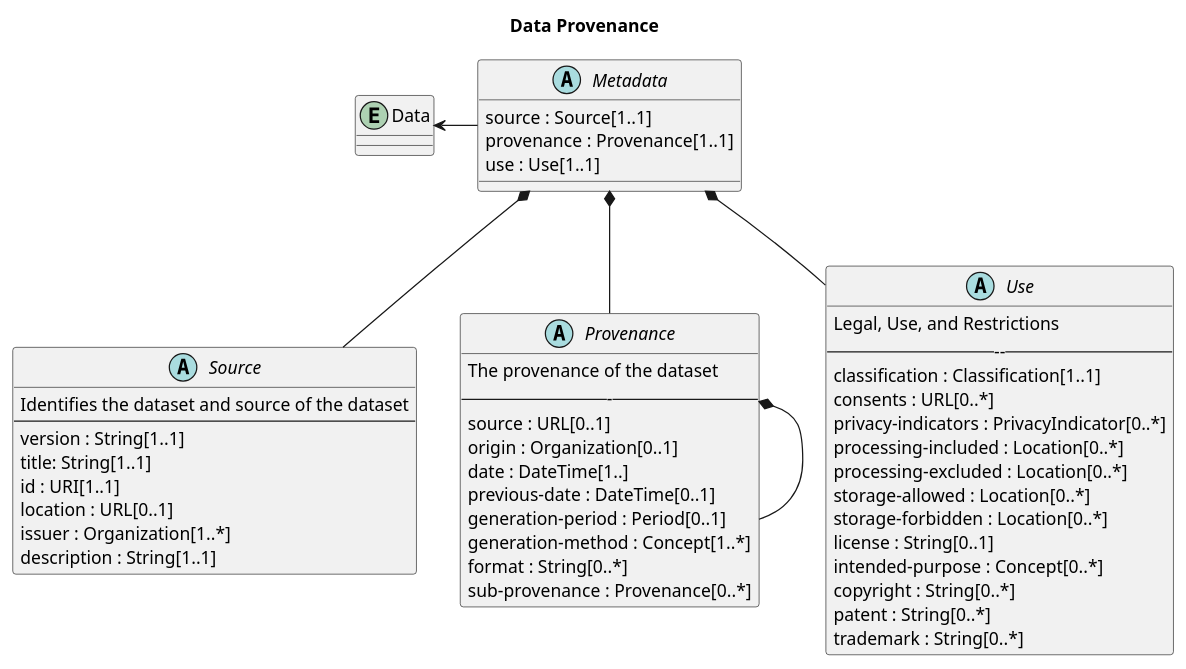
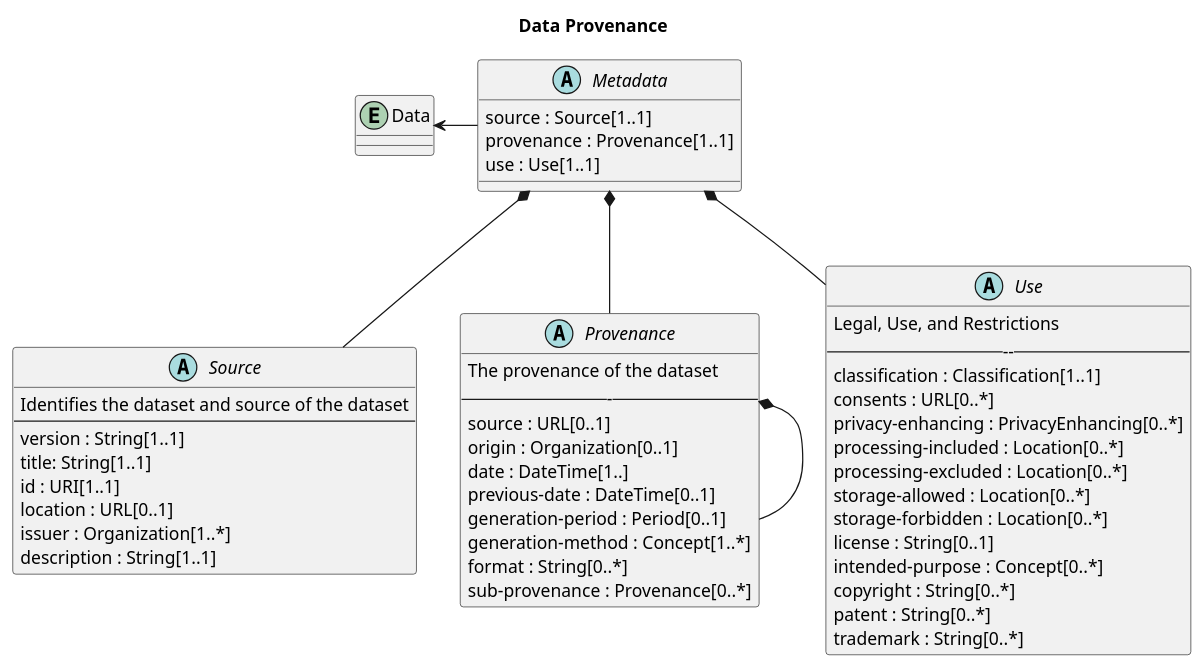
Before and after one commit to Data-and-Trust-Alliance/DPS: the diagram in ImageSource/metadata.plantuml, drawn with PlantUML. The commit also changed 3 other files, not shown here.

Commit message:
update UML diagrams too

```diff
--- a/ImageSource/metadata.plantuml
+++ b/ImageSource/metadata.plantuml
@@ -1,61 +1,61 @@
 @startuml metadata
 title Data Provenance
 
 entity Data
 
 abstract class Metadata {
     source : Source[1..1]
     provenance : Provenance[1..1]
     use : Use[1..1]
 }
 
 Metadata *-down- Source 
 Metadata *-down- Provenance 
 Metadata *-down- Use 
 Metadata -left-> Data
 
 abstract class Source {
     Identifies the dataset and source of the dataset
     ----
     version : String[1..1]
     title: String[1..1]
     id : URI[1..1]
     location : URL[0..1]
     issuer : Organization[1..*]
     description : String[1..1]
 }
 
 abstract class Provenance {
     The provenance of the dataset
     -----
     source : URL[0..1]
     origin : Organization[0..1]
     date : DateTime[1..]
     previous-date : DateTime[0..1]
     generation-period : Period[0..1]
     generation-method : Concept[1..*]
     format : String[0..*]
     sub-provenance : Provenance[0..*]
 }
 
 Provenance *-down- Provenance
 
 abstract class Use {
     Legal, Use, and Restrictions
     ------
     classification : Classification[1..1]
     consents : URL[0..*]
-    privacy-indicators : PrivacyIndicator[0..*]
+    privacy-enhancing : PrivacyEnhancing[0..*]
     processing-included : Location[0..*]
     processing-excluded : Location[0..*]
     storage-allowed : Location[0..*]
     storage-forbidden : Location[0..*]
     license : String[0..1]
     intended-purpose : Concept[0..*]
     copyright : String[0..*]
     patent : String[0..*]
     trademark : String[0..*]
 }
 
 
 @enduml
```
